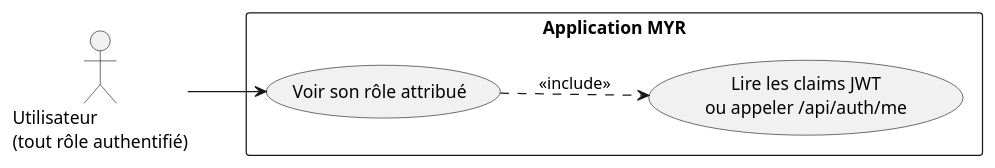
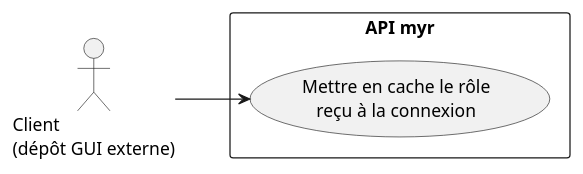
One commit to olivaux/myr changed the first of 2 diagrams in specs/2-Analyse/UCA-Compte_et_Acces/UCA07.md. Above: the diagram before and after it, drawn with PlantUML. The commit also changed other lines of this file and 72 other files, not shown here.

````diff
--- a/specs/2-Analyse/UCA-Compte_et_Acces/UCA07.md
+++ b/specs/2-Analyse/UCA-Compte_et_Acces/UCA07.md
@@ -14,16 +14,14 @@
 ```plantuml
 @startuml
 left to right direction
 
-actor "Utilisateur\n(tout rôle authentifié)" as U
+actor "Client\n(dépôt GUI externe)" as U
 
-rectangle "Application MYR" {
-    usecase "Voir son rôle attribué" as UC1
-    usecase "Lire les claims JWT\nou appeler /api/auth/me" as UC2
+rectangle "API myr" {
+    usecase "Mettre en cache le rôle\nreçu à la connexion" as UC1
 }
 
 U --> UC1
-UC1 ..> UC2 : <<include>>
 
 @enduml
 ```
````
